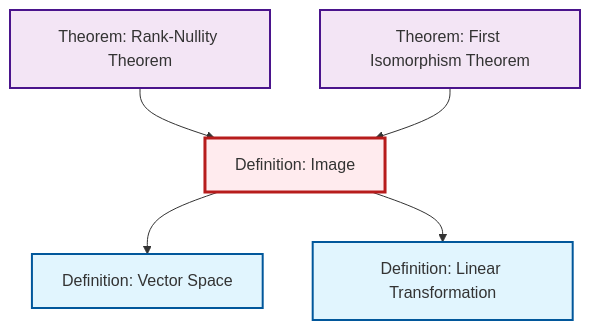
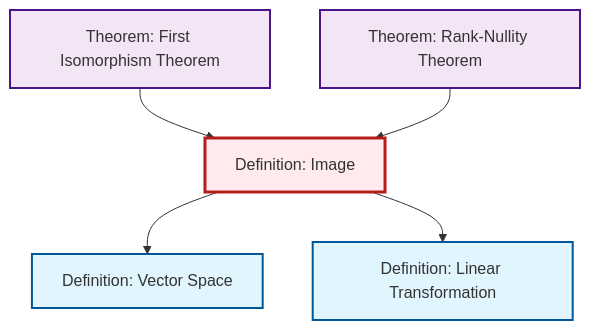
One commit to RK0429/ModernMath changed the diagram in content/en/algebra/def-image.qmd. Above: the diagram before and after it, drawn with Mermaid. The commit also changed other lines of this file and 497 other files, not shown here.

````diff
--- a/content/en/algebra/def-image.qmd
+++ b/content/en/algebra/def-image.qmd
@@ -51,23 +51,23 @@
 ```{mermaid}
 %%| fig-cap: "Local dependency graph"
 graph TD
     classDef definition fill:#e1f5fe,stroke:#01579b,stroke-width:2px
     classDef theorem fill:#f3e5f5,stroke:#4a148c,stroke-width:2px
     classDef axiom fill:#fff3e0,stroke:#e65100,stroke-width:2px
     classDef example fill:#e8f5e9,stroke:#1b5e20,stroke-width:2px
     classDef current fill:#ffebee,stroke:#b71c1c,stroke-width:3px
     thm-first-isomorphism["Theorem: First Isomorphism Theorem"]:::theorem
     thm-rank-nullity["Theorem: Rank-Nullity Theorem"]:::theorem
+    def-vector-space["Definition: Vector Space"]:::definition
     def-image["Definition: Image"]:::definition
-    def-vector-space["Definition: Vector Space"]:::definition
     def-linear-transformation["Definition: Linear Transformation"]:::definition
+    thm-first-isomorphism --> def-image
     def-image --> def-vector-space
     def-image --> def-linear-transformation
     thm-rank-nullity --> def-image
-    thm-first-isomorphism --> def-image
     class def-image current
     click thm-first-isomorphism "thm-first-isomorphism.html" "Go to First Isomorphism Theorem theorem"
     click thm-rank-nullity "thm-rank-nullity.html" "Go to Rank-Nullity Theorem theorem"
     click def-vector-space "def-vector-space.html" "Go to Vector Space definition"
     click def-linear-transformation "def-linear-transformation.html" "Go to Linear Transformation definition"
 ```
````
